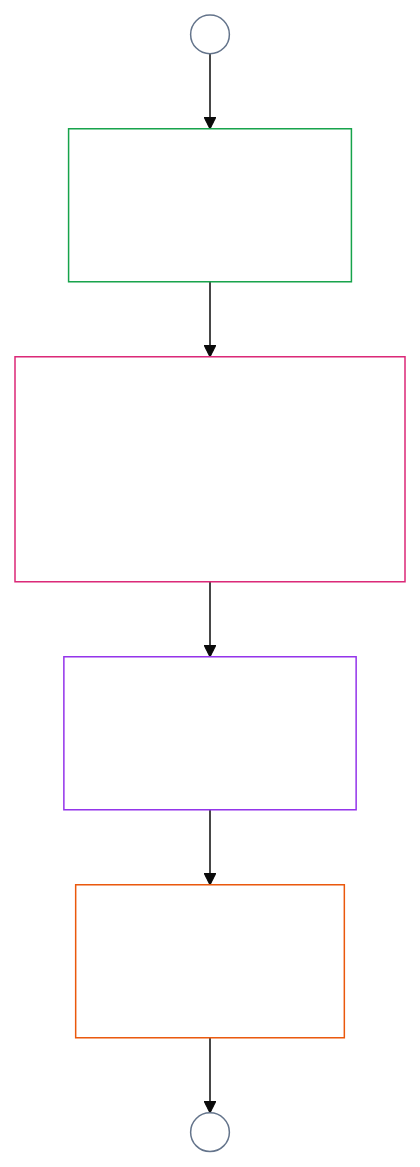
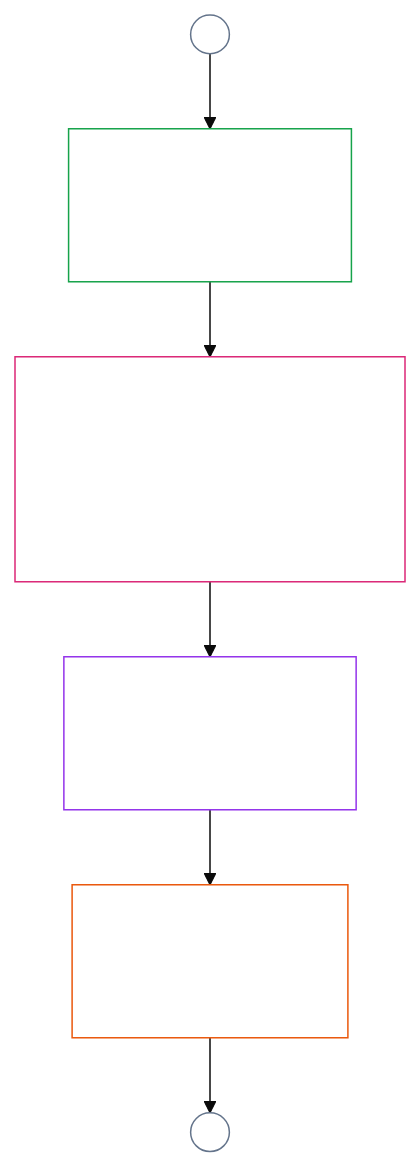
Before and after one commit to kfoelsch/Sentient_Constitution: the diagram in implementation/PROCESS_PIPELINES_READER.md, drawn with Mermaid (base theme). The commit also changed other lines of this file and 461 other files, not shown here.

First line of the commit message:
Chapters Ten to Eighteen renumbered to Eleven to Nineteen (move 172, stage 1 of 3)

````diff
--- a/implementation/PROCESS_PIPELINES_READER.md
+++ b/implementation/PROCESS_PIPELINES_READER.md
@@ -22,14 +22,14 @@
 ```mermaid
 flowchart TB
-  C[Certify the system<br/><br/>Chapter Nine] --> S[Measure help and harm<br/><br/>two tracks, never one net score<br/>Chapter Ten]
+  C[Certify the system<br/><br/>Chapter Nine] --> S[Measure help and harm<br/><br/>two tracks, never one net score<br/>Chapter Eleven]
   A0((A)) --> C
-  S --> E[Effects and remedy<br/><br/>Chapter Eleven]
-  E --> F[Forum families<br/><br/>Chapter Thirteen]
+  S --> E[Effects and remedy<br/><br/>Chapter Twelve]
+  E --> F[Forum families<br/><br/>Chapter Fourteen]
   F --> A1((A))
   style C fill:none,stroke:#16a34a,color:#ffffff
   style S fill:none,stroke:#db2777,color:#ffffff
   style E fill:none,stroke:#9333ea,color:#ffffff
   style F fill:none,stroke:#ea580c,color:#ffffff
   style A0 fill:none,stroke:#64748b,color:#ffffff
   style A1 fill:none,stroke:#64748b,color:#ffffff
 ```
````
